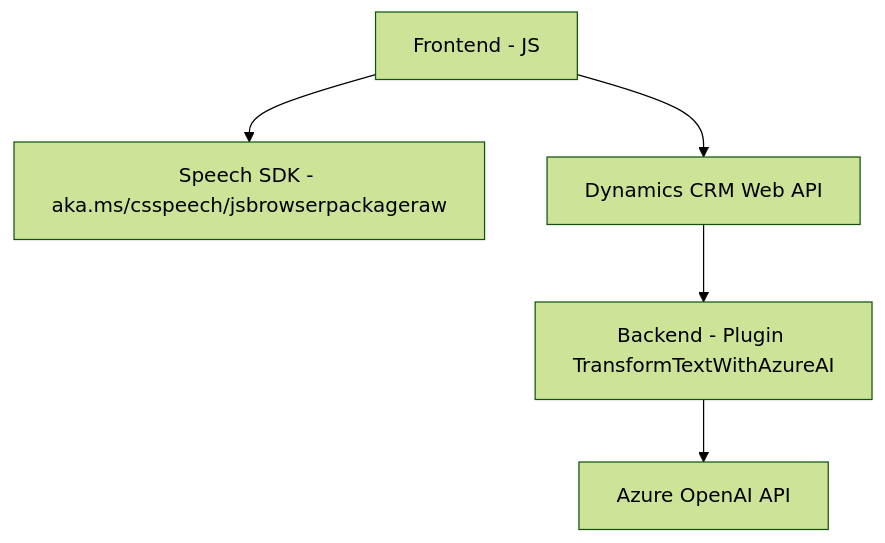
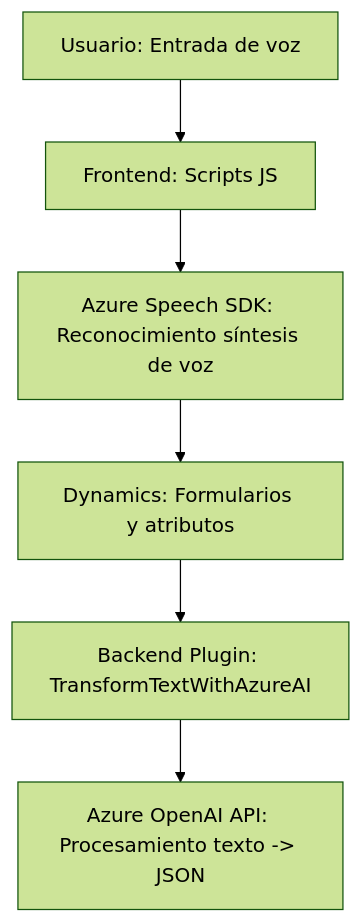
The diagram in README.md (blopezdm/NETCORE_BILBAO2025), drawn with Mermaid (forest theme) before and after one commit. The commit also changed other lines of this file, not shown here.

````diff
--- a/README.md
+++ b/README.md
@@ -24,13 +53,8 @@
 ```mermaid
 graph TD
-    A["Frontend - JS"]
-    B["Speech SDK - aka.ms/csspeech/jsbrowserpackageraw"]
-    C["Dynamics CRM Web API"]
-    D["Azure OpenAI API"]
-    E["Backend - Plugin TransformTextWithAzureAI"]
-
-    A --> B
-    A --> C
-    C --> E
-    E --> D
+    A["Usuario: Entrada de voz"] --> B["Frontend: Scripts JS"]
+    B --> C["Azure Speech SDK: Reconocimiento síntesis de voz"]
+    C --> D["Dynamics: Formularios y atributos"]
+    D --> E["Backend Plugin: TransformTextWithAzureAI"]
+    E --> F["Azure OpenAI API: Procesamiento texto -> JSON"]
 ```
````
